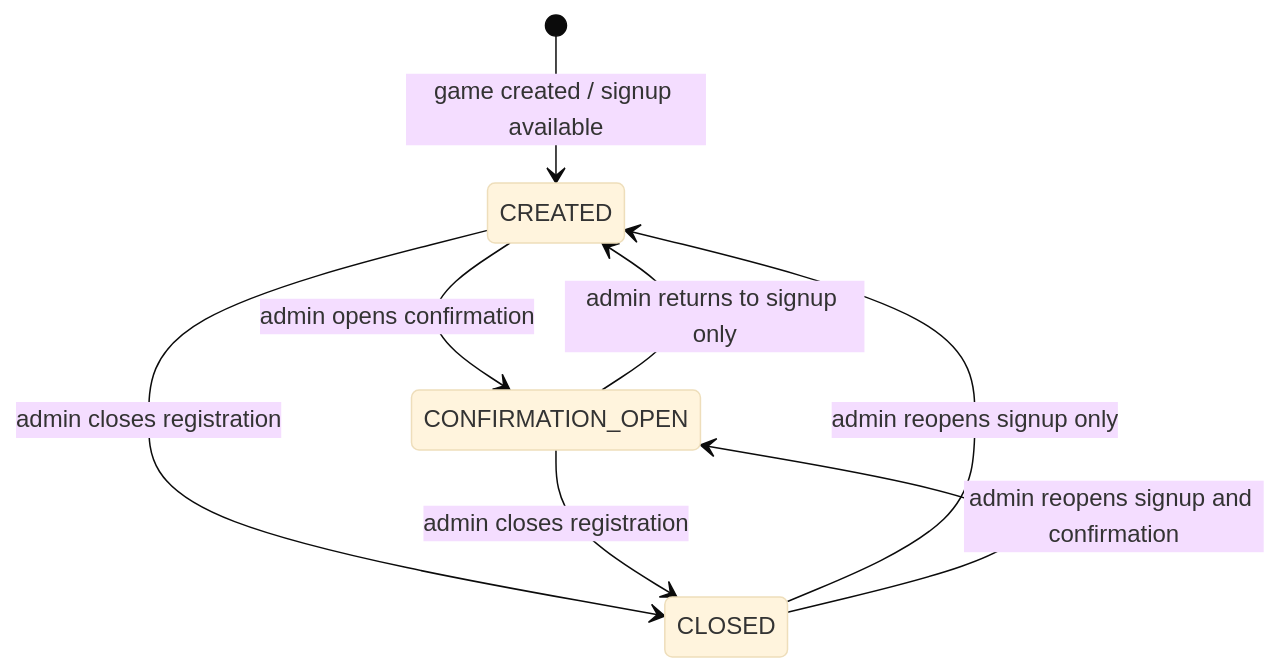
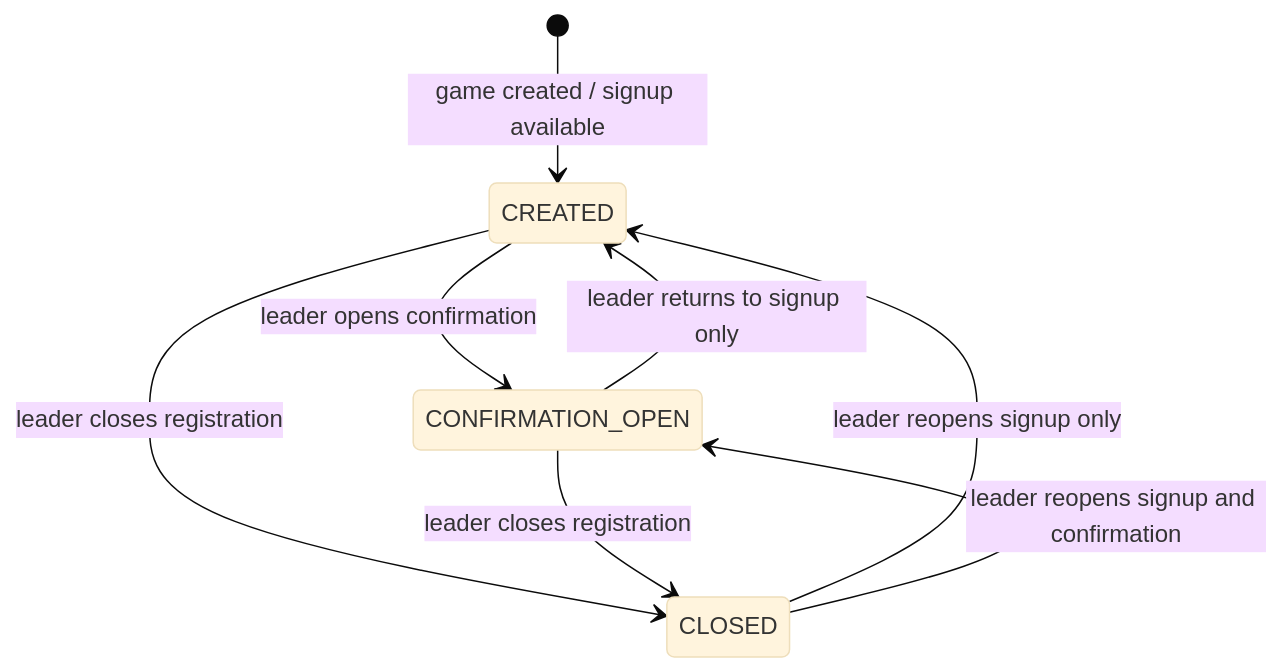
The second of 5 diagrams in README.md (ProfessorLayton322/rolebot-hse), drawn with Mermaid (base theme) before and after one commit. The commit also changed other lines of this file and 16 other files, not shown here.

````diff
--- a/README.md
+++ b/README.md
@@ -51,10 +51,10 @@
 ```mermaid
 stateDiagram-v2
     [*] --> CREATED: game created / signup available
-    CREATED --> CONFIRMATION_OPEN: admin opens confirmation
-    CREATED --> CLOSED: admin closes registration
-    CONFIRMATION_OPEN --> CREATED: admin returns to signup only
-    CONFIRMATION_OPEN --> CLOSED: admin closes registration
-    CLOSED --> CREATED: admin reopens signup only
-    CLOSED --> CONFIRMATION_OPEN: admin reopens signup and confirmation
+    CREATED --> CONFIRMATION_OPEN: leader opens confirmation
+    CREATED --> CLOSED: leader closes registration
+    CONFIRMATION_OPEN --> CREATED: leader returns to signup only
+    CONFIRMATION_OPEN --> CLOSED: leader closes registration
+    CLOSED --> CREATED: leader reopens signup only
+    CLOSED --> CONFIRMATION_OPEN: leader reopens signup and confirmation
 ```
````
